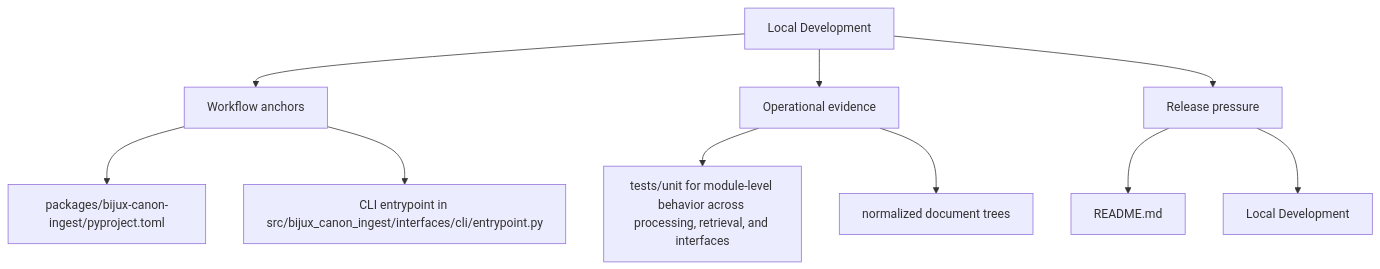
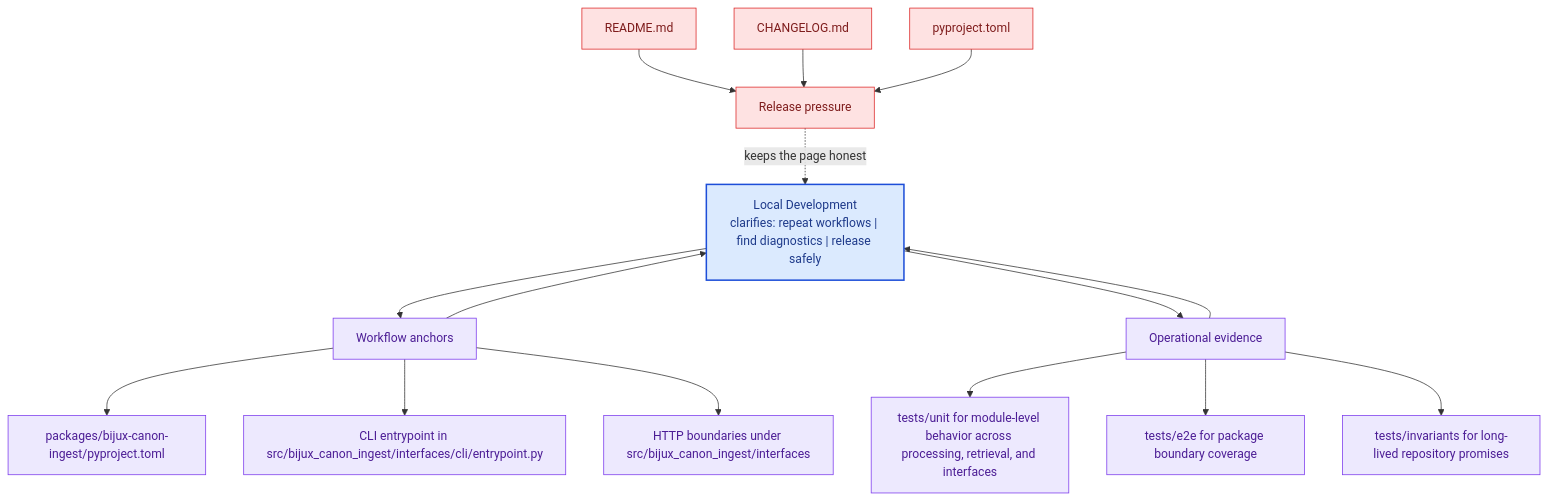
The second of 2 diagrams in docs/bijux-canon-ingest/operations/local-development.md (bijux/bijux-canon), drawn with Mermaid before and after one commit. The commit also changed other lines of this file and 281 other files, not shown here.

Commit message:
docs(diagrams): deepen handbook mermaid maps across the catalog

````diff
--- a/docs/bijux-canon-ingest/operations/local-development.md
+++ b/docs/bijux-canon-ingest/operations/local-development.md
@@ -35,22 +68,41 @@
 ```mermaid
-flowchart TD
-    page["Local Development"]
+flowchart TB
+    promise["Local Development<br/>clarifies: repeat workflows | find diagnostics | release safely"]
+    classDef promise fill:#dbeafe,stroke:#1d4ed8,color:#1e3a8a,stroke-width:2px;
+    classDef driver fill:#dcfce7,stroke:#16a34a,color:#14532d;
+    classDef constraint fill:#fee2e2,stroke:#dc2626,color:#7f1d1d;
+    classDef ground fill:#ede9fe,stroke:#7c3aed,color:#4c1d95;
     focus1["Workflow anchors"]
-    page --> focus1
+    focus1 --> promise
+    promise --> focus1
     focus1_1["packages/bijux-canon-ingest/pyproject.toml"]
     focus1 --> focus1_1
     focus1_2["CLI entrypoint in src/bijux_canon_ingest/interfaces/cli/entrypoint.py"]
     focus1 --> focus1_2
+    focus1_3["HTTP boundaries under src/bijux_canon_ingest/interfaces"]
+    focus1 --> focus1_3
+    class focus1 ground;
+    class focus1_1,focus1_2,focus1_3 ground;
     focus2["Operational evidence"]
-    page --> focus2
+    focus2 --> promise
+    promise --> focus2
     focus2_1["tests/unit for module-level behavior across processing, retrieval, and interfaces"]
     focus2 --> focus2_1
-    focus2_2["normalized document trees"]
+    focus2_2["tests/e2e for package boundary coverage"]
     focus2 --> focus2_2
+    focus2_3["tests/invariants for long-lived repository promises"]
+    focus2 --> focus2_3
+    class focus2 ground;
+    class focus2_1,focus2_2,focus2_3 ground;
     focus3["Release pressure"]
-    page --> focus3
+    focus3 -.keeps the page honest.-> promise
     focus3_1["README.md"]
-    focus3 --> focus3_1
-    focus3_2["Local Development"]
-    focus3 --> focus3_2
+    focus3_1 --> focus3
+    focus3_2["CHANGELOG.md"]
+    focus3_2 --> focus3
+    focus3_3["pyproject.toml"]
+    focus3_3 --> focus3
+    class focus3 constraint;
+    class focus3_1,focus3_2,focus3_3 constraint;
+    class promise promise;
 ```
````
